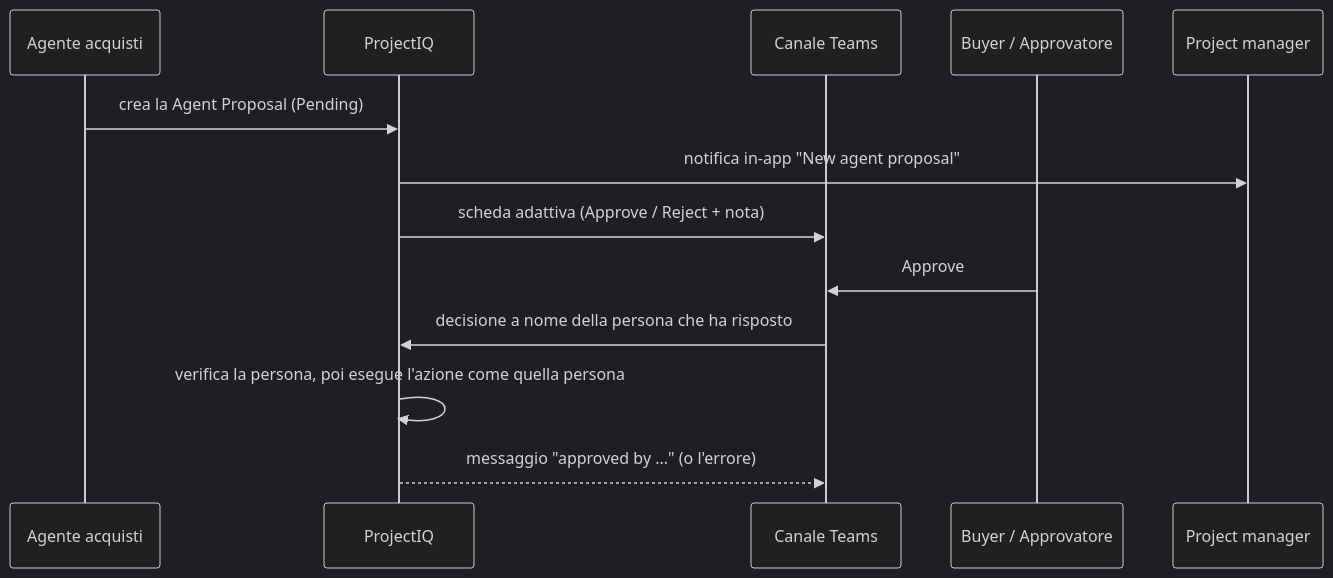
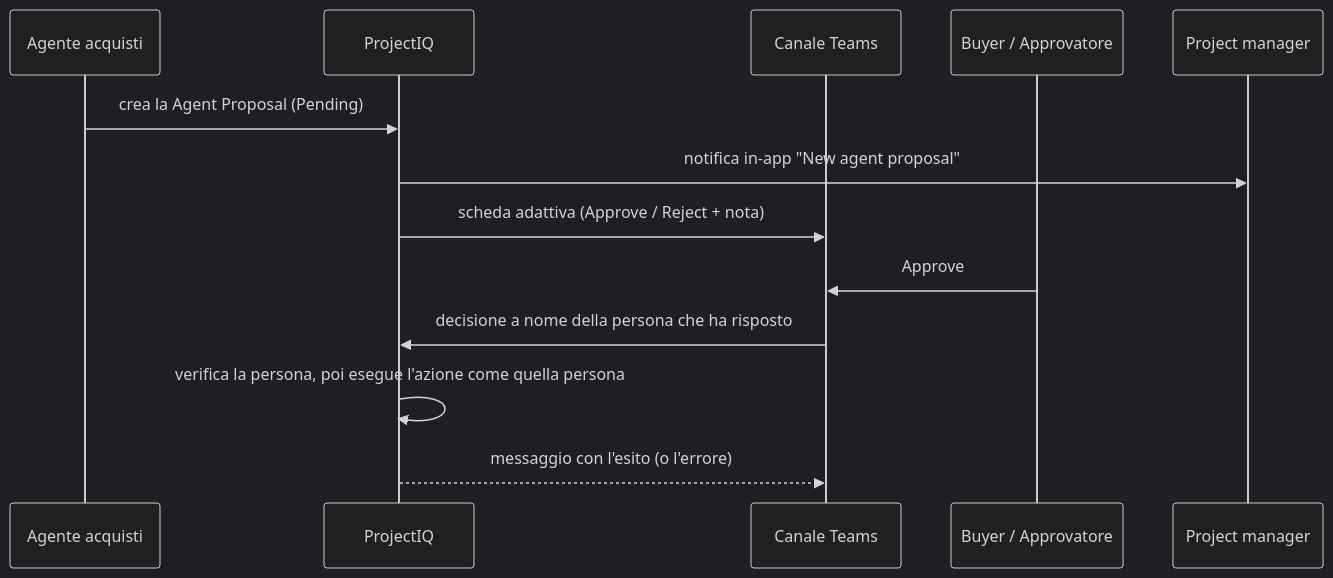
The third of 3 diagrams in docs/it/sourcing-agent.md (Power-Builders-Italia/ProjectIQ), drawn with Mermaid (dark theme) before and after one commit. The commit also changed other lines of this file and 11 other files, not shown here.

````diff
--- a/docs/it/sourcing-agent.md
+++ b/docs/it/sourcing-agent.md
@@ -138,15 +138,15 @@
 ```mermaid
 sequenceDiagram
     participant AG as Agente acquisti
     participant DV as ProjectIQ
     participant TM as Canale Teams
     participant B as Buyer / Approvatore
     participant PM as Project manager
     AG->>DV: crea la Agent Proposal (Pending)
     DV->>PM: notifica in-app "New agent proposal"
     DV->>TM: scheda adattiva (Approve / Reject + nota)
     B->>TM: Approve
     TM->>DV: decisione a nome della persona che ha risposto
     DV->>DV: verifica la persona, poi esegue l'azione come quella persona
-    DV-->>TM: messaggio "approved by ..." (o l'errore)
+    DV-->>TM: messaggio con l'esito (o l'errore)
 ```
````
